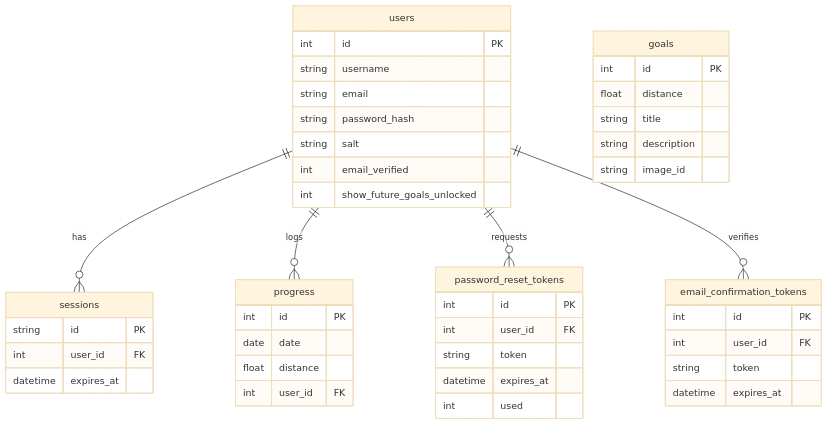
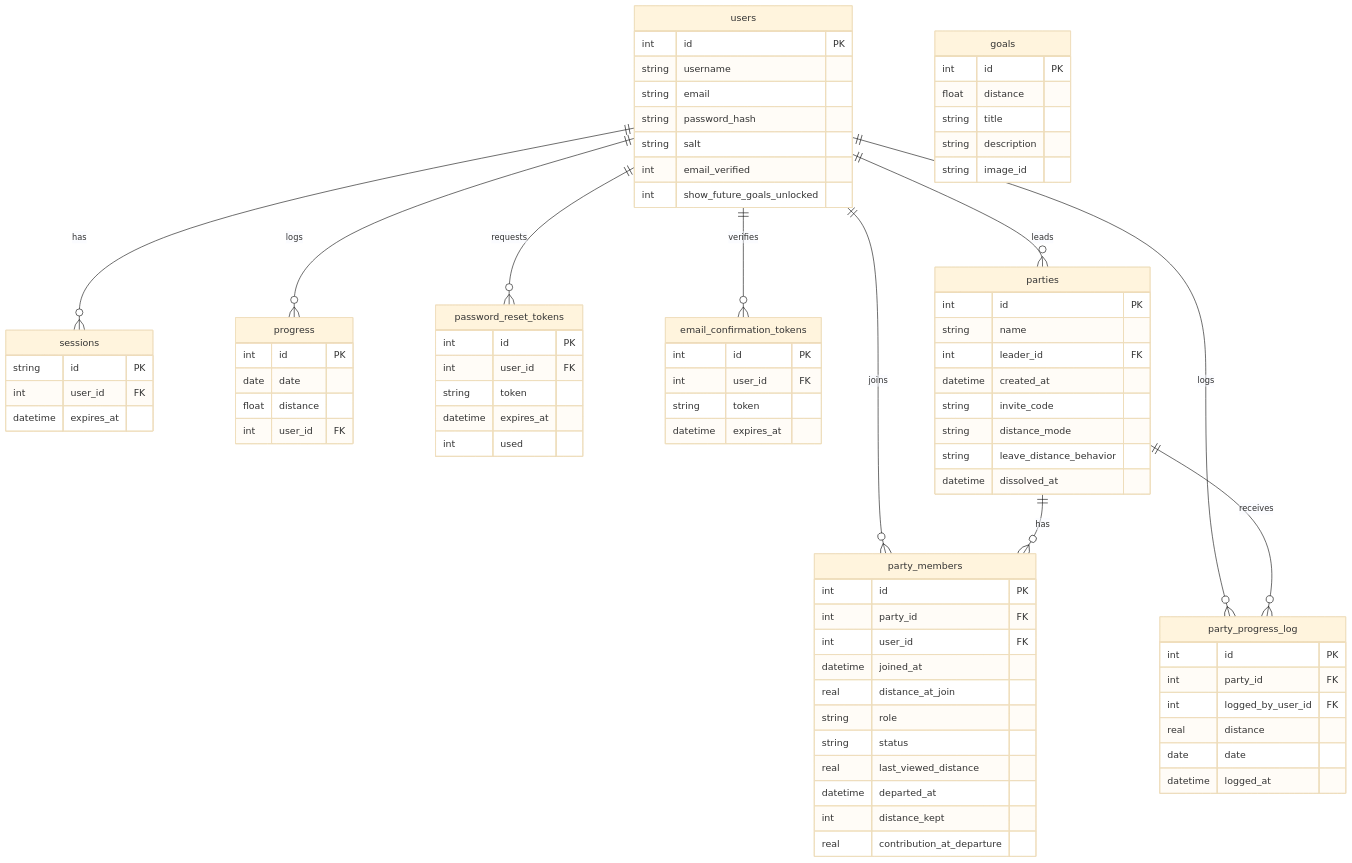
The diagram in docs/data-models.md (skittlz444/walk-to-mordor), drawn with Mermaid (base theme) before and after one commit. The commit also changed other lines of this file and 3 other files, not shown here.

Commit message:
feat: Finalize Fellowship database schema and migration scripts

````diff
--- a/docs/data-models.md
+++ b/docs/data-models.md
@@ -71,7 +123,12 @@
     users ||--o{ progress : "logs"
     users ||--o{ password_reset_tokens : "requests"
     users ||--o{ email_confirmation_tokens : "verifies"
-    
+    users ||--o{ parties : "leads"
+    users ||--o{ party_members : "joins"
+    users ||--o{ party_progress_log : "logs"
+    parties ||--o{ party_members : "has"
+    parties ||--o{ party_progress_log : "receives"
+
     users {
         int id PK
         string username
@@ -117,4 +174,38 @@
         string token
         datetime expires_at
     }
+
+    parties {
+        int id PK
+        string name
+        int leader_id FK
+        datetime created_at
+        string invite_code
+        string distance_mode
+        string leave_distance_behavior
+        datetime dissolved_at
+    }
+
+    party_members {
+        int id PK
+        int party_id FK
+        int user_id FK
+        datetime joined_at
+        real distance_at_join
+        string role
+        string status
+        real last_viewed_distance
+        datetime departed_at
+        int distance_kept
+        real contribution_at_departure
+    }
+
+    party_progress_log {
+        int id PK
+        int party_id FK
+        int logged_by_user_id FK
+        real distance
+        date date
+        datetime logged_at
+    }
 ```
````
